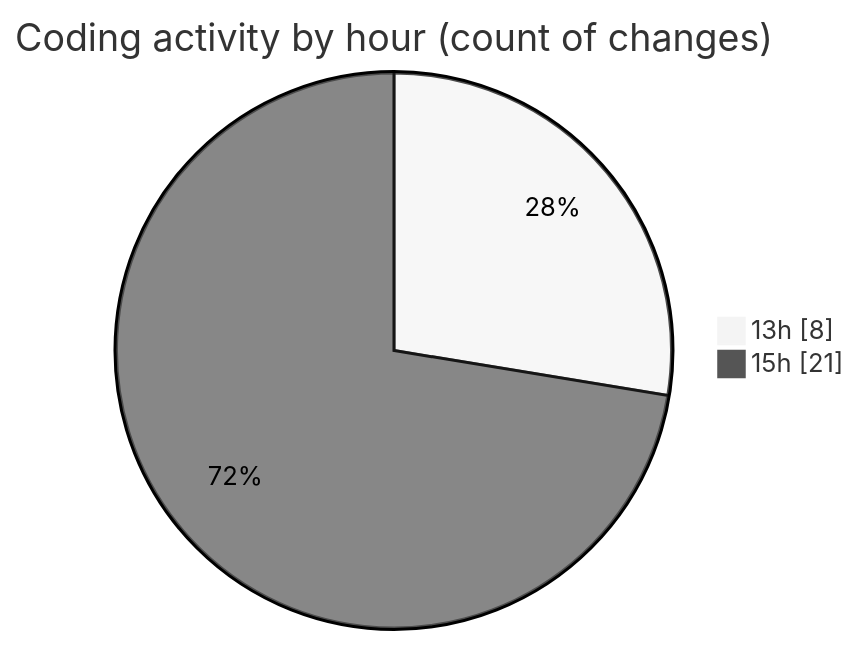
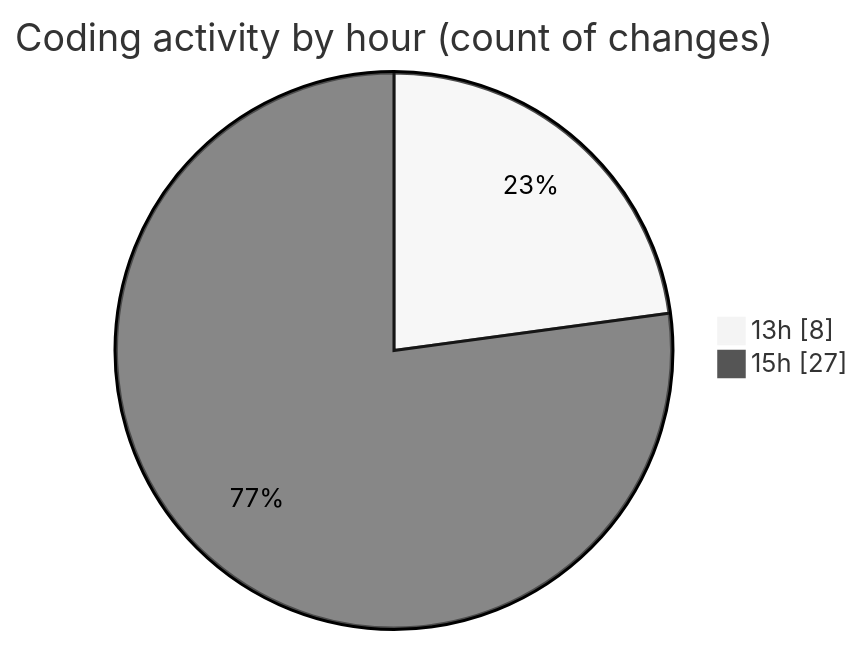
One commit to nxtqubesakshisongat/code-tracking changed the second of 2 diagrams in 2025-04-08/nxtqube_webapp/README.md. Above: the diagram before and after it, drawn with Mermaid (neutral theme). The commit also changed other lines of this file and 1 other file, not shown here.

````diff
--- a/2025-04-08/nxtqube_webapp/README.md
+++ b/2025-04-08/nxtqube_webapp/README.md
@@ -28,6 +28,6 @@
 ```mermaid
 pie showData
 title Coding activity by hour (count of changes)
 "13h" : 8
-"15h" : 21
+"15h" : 27
 ```
````
